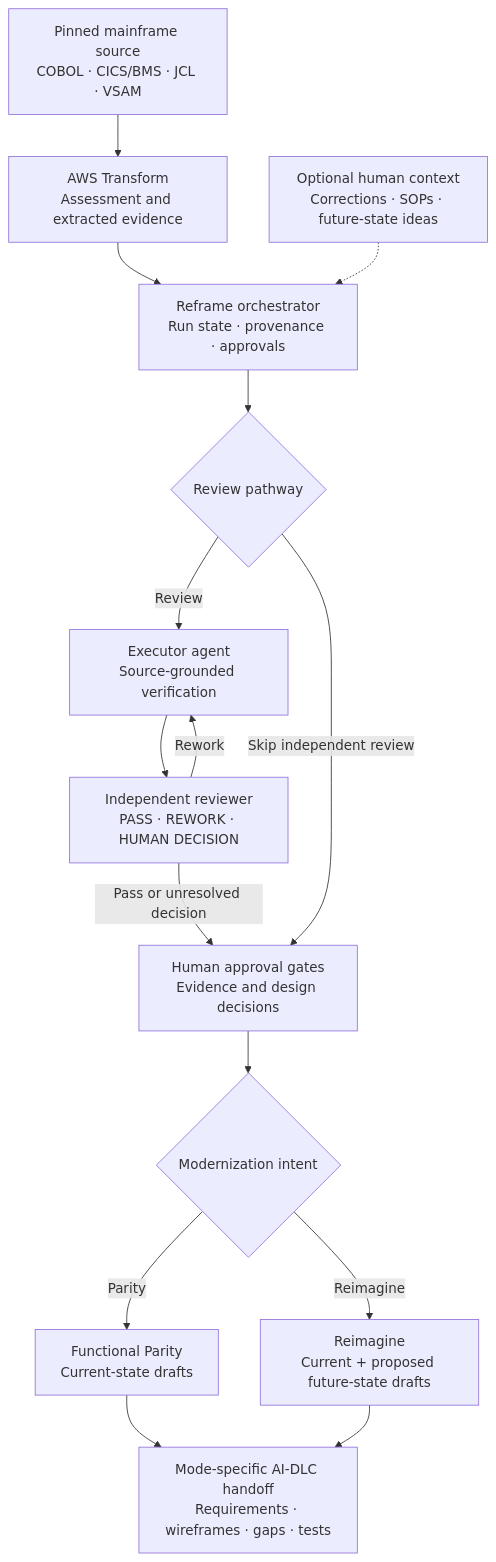
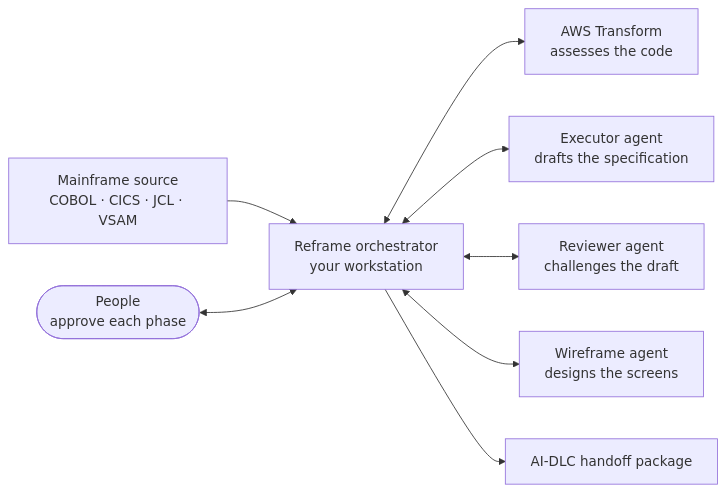
Before and after one commit to sknampally/reframe: the first of 2 diagrams in README.md, drawn with Mermaid. The commit also changed other lines of this file, not shown here.

First line of the commit message:
Simplify README diagrams and add run instructions

````diff
--- a/README.md
+++ b/README.md
@@ -31,24 +33,19 @@
 ```mermaid
-flowchart TB
-    S["Pinned mainframe source<br/>COBOL · CICS/BMS · JCL · VSAM"]
-    T["AWS Transform<br/>Assessment and extracted evidence"]
-    P["Reframe orchestrator<br/>Run state · provenance · approvals"]
-    H["Optional human context<br/>Corrections · SOPs · future-state ideas"]
-    V{"Review pathway"}
-    X["Executor agent<br/>Source-grounded verification"]
-    R["Independent reviewer<br/>PASS · REWORK · HUMAN DECISION"]
-    A["Human approval gates<br/>Evidence and design decisions"]
-    M{"Modernization intent"}
-    C["Functional Parity<br/>Current-state drafts"]
-    F["Reimagine<br/>Current + proposed future-state drafts"]
-    D["Mode-specific AI-DLC handoff<br/>Requirements · wireframes · gaps · tests"]
-    S --> T --> P --> V
-    H -.-> P
-    V -->|Review| X --> R
-    R -->|Rework| X
-    R -->|Pass or unresolved decision| A
-    V -->|Skip independent review| A
-    A --> M
-    M -->|Parity| C --> D
-    M -->|Reimagine| F --> D
+flowchart LR
+    SRC["Mainframe source<br/>COBOL · CICS · JCL · VSAM"]
+    TX["AWS Transform<br/>assesses the code"]
+    ORC["Reframe orchestrator<br/>your workstation"]
+    EX["Executor agent<br/>drafts the specification"]
+    RV["Reviewer agent<br/>challenges the draft"]
+    WF["Wireframe agent<br/>designs the screens"]
+    HUM(["People<br/>approve each phase"])
+    OUT["AI-DLC handoff package"]
+
+    SRC --> ORC
+    ORC <--> TX
+    ORC <--> EX
+    ORC <--> RV
+    ORC <--> WF
+    HUM <--> ORC
+    ORC --> OUT
 ```
````
